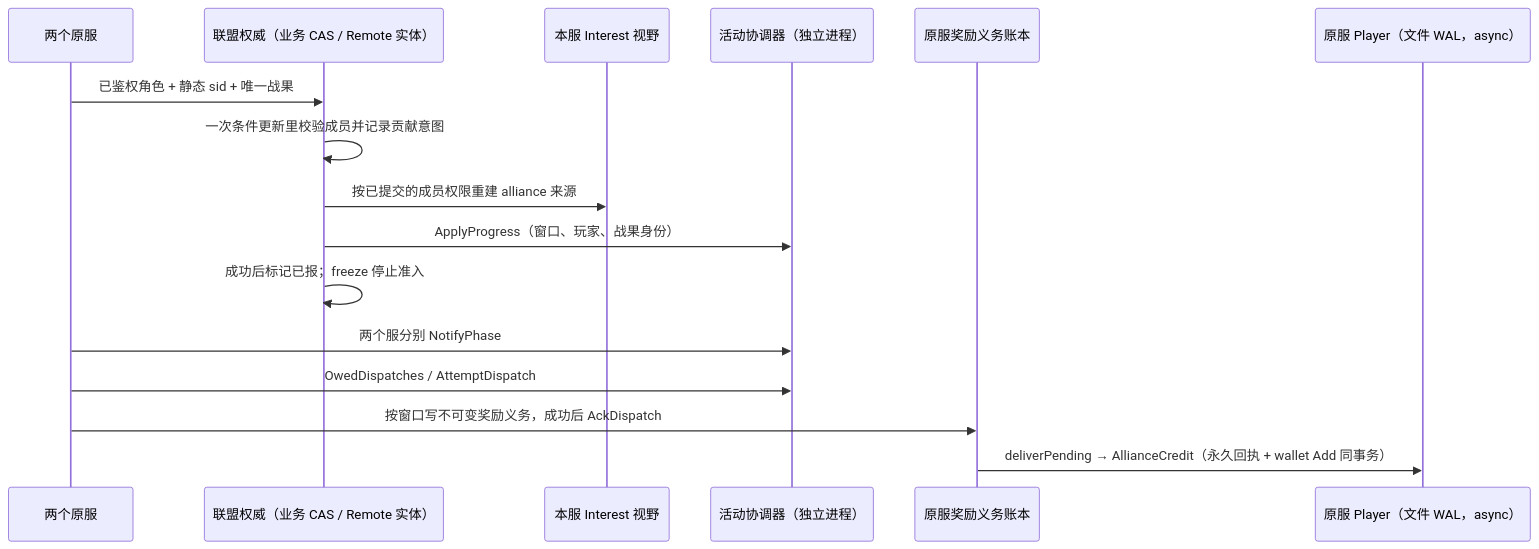
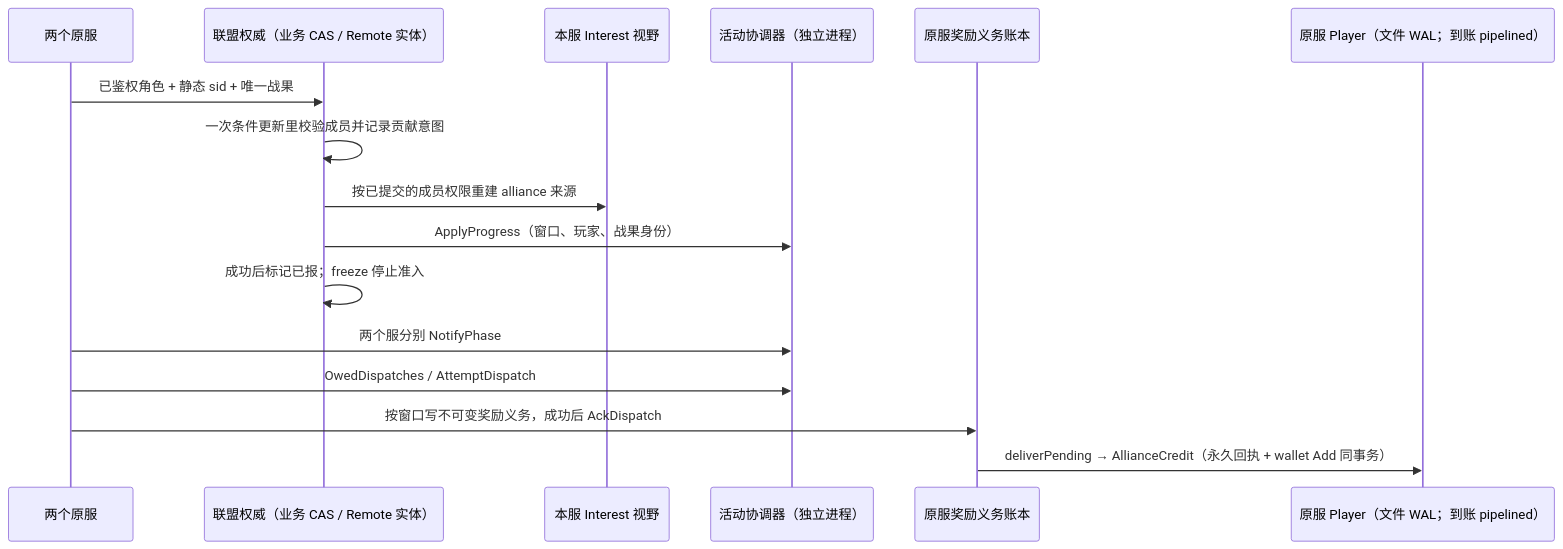
The second of 2 diagrams in docs/framework/SLG-INTEGRATION.md (tjbdwanghaibo/roost-core), drawn with Mermaid before and after one commit. The commit also changed other lines of this file and 17 other files, not shown here.

````diff
--- a/docs/framework/SLG-INTEGRATION.md
+++ b/docs/framework/SLG-INTEGRATION.md
@@ -204,18 +205,18 @@
 ```mermaid
 sequenceDiagram
     participant H as 两个原服
     participant A as 联盟权威（业务 CAS / Remote 实体）
     participant V as 本服 Interest 视野
     participant C as 活动协调器（独立进程）
     participant R as 原服奖励义务账本
-    participant P as 原服 Player（文件 WAL，async）
+    participant P as 原服 Player（文件 WAL；到账 pipelined）
     H->>A: 已鉴权角色 + 静态 sid + 唯一战果
     A->>A: 一次条件更新里校验成员并记录贡献意图
     A->>V: 按已提交的成员权限重建 alliance 来源
     A->>C: ApplyProgress（窗口、玩家、战果身份）
     A->>A: 成功后标记已报；freeze 停止准入
     H->>C: 两个服分别 NotifyPhase
     H->>C: OwedDispatches / AttemptDispatch
     H->>R: 按窗口写不可变奖励义务，成功后 AckDispatch
     R->>P: deliverPending → AllianceCredit（永久回执 + wallet Add 同事务）
 ```
````
